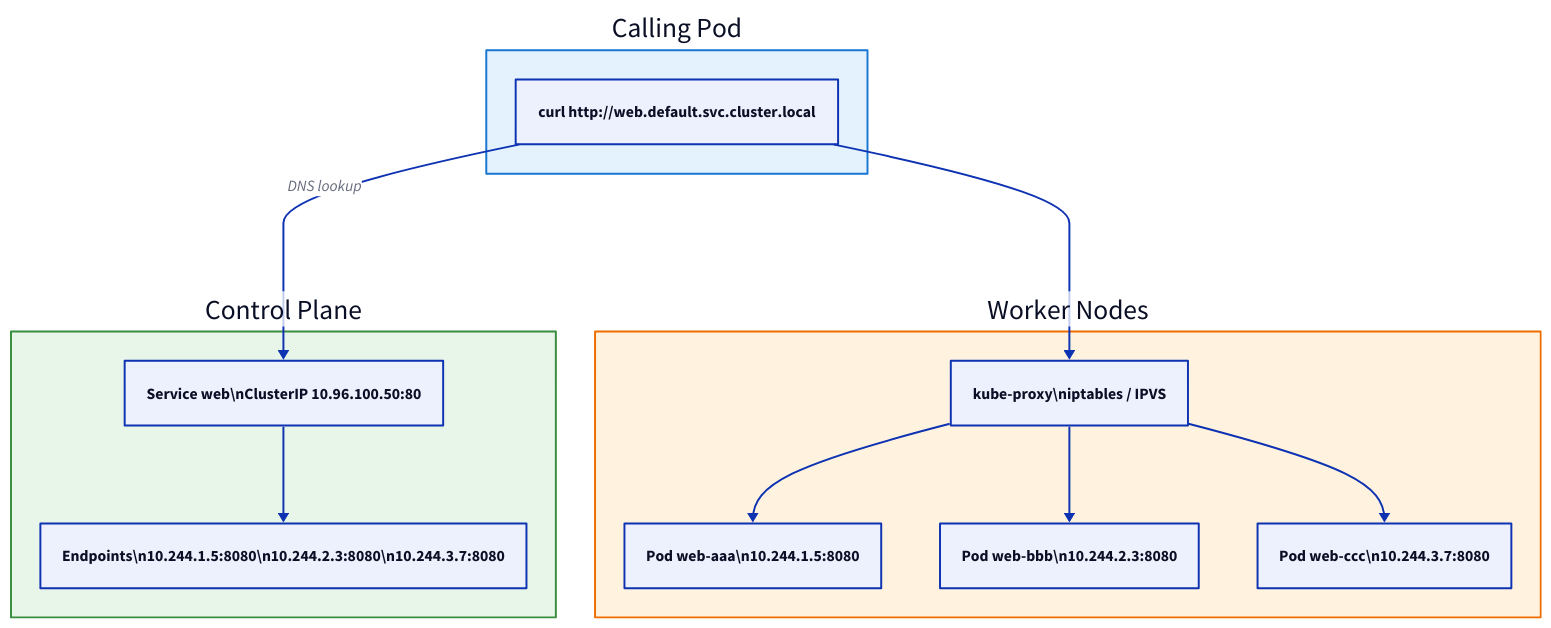
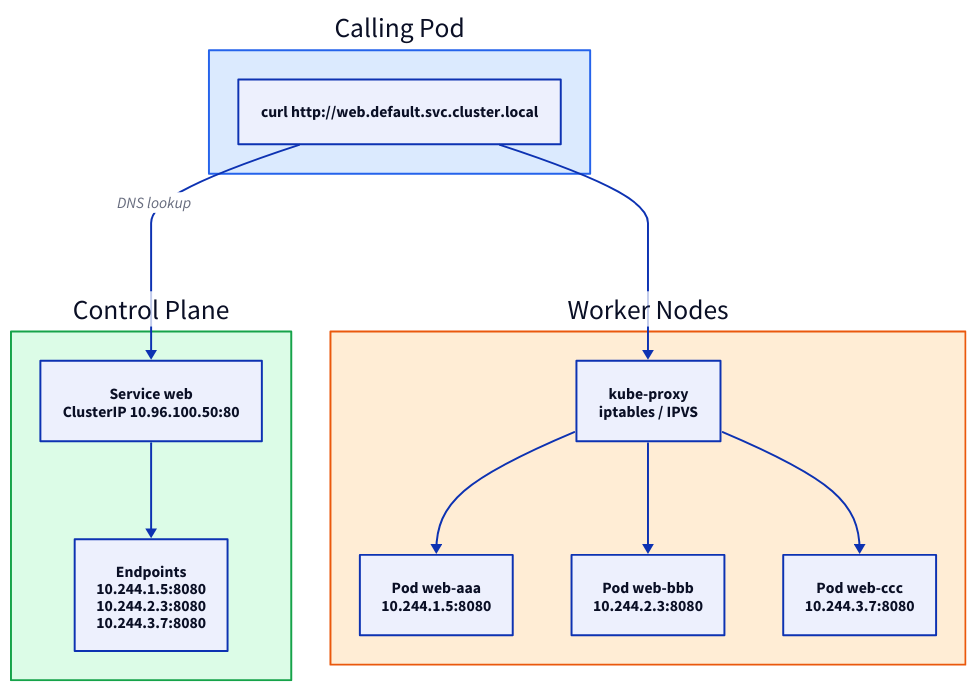
Before and after one commit to rebash-rebash/rebash-academy: the diagram in docs/kubernetes/services-and-cluster-networking.md, drawn with D2. The commit also changed 177 other files, not shown here.

First line of the commit message:
Ship Terraform track, diagram polish, and new brand favicon.

````diff
--- a/docs/kubernetes/services-and-cluster-networking.md
+++ b/docs/kubernetes/services-and-cluster-networking.md
@@ -56,35 +56,35 @@
 ```d2
 direction: down
 
 Client: "Calling Pod" {
       style: {
-        fill: "#e3f2fd"
-        stroke: "#1976d2"
+        fill: "#dbeafe"
+        stroke: "#2563eb"
       }
         C: "curl http://web.default.svc.cluster.local"
     }
     Control: "Control Plane" {
       style: {
-        fill: "#e8f5e9"
-        stroke: "#388e3c"
+        fill: "#dcfce7"
+        stroke: "#16a34a"
       }
-        SVC: "Service web\\nClusterIP 10.96.100.50:80"
-        EP: "Endpoints\\n10.244.1.5:8080\\n10.244.2.3:8080\\n10.244.3.7:8080"
+        SVC: "Service web\nClusterIP 10.96.100.50:80"
+        EP: "Endpoints\n10.244.1.5:8080\n10.244.2.3:8080\n10.244.3.7:8080"
     }
     Nodes: "Worker Nodes" {
       style: {
-        fill: "#fff3e0"
-        stroke: "#ef6c00"
+        fill: "#ffedd5"
+        stroke: "#ea580c"
       }
-        KP: "kube-proxy\\niptables / IPVS"
-        P1: "Pod web-aaa\\n10.244.1.5:8080"
-        P2: "Pod web-bbb\\n10.244.2.3:8080"
-        P3: "Pod web-ccc\\n10.244.3.7:8080"
+        KP: "kube-proxy\niptables / IPVS"
+        P1: "Pod web-aaa\n10.244.1.5:8080"
+        P2: "Pod web-bbb\n10.244.2.3:8080"
+        P3: "Pod web-ccc\n10.244.3.7:8080"
     }
     Client.C -> Control.SVC: "DNS lookup"
     Control.SVC -> Control.EP
     Client.C -> Nodes.KP
     Nodes.KP -> Nodes.P1
     Nodes.KP -> Nodes.P2
     Nodes.KP -> Nodes.P3
 ```
````
